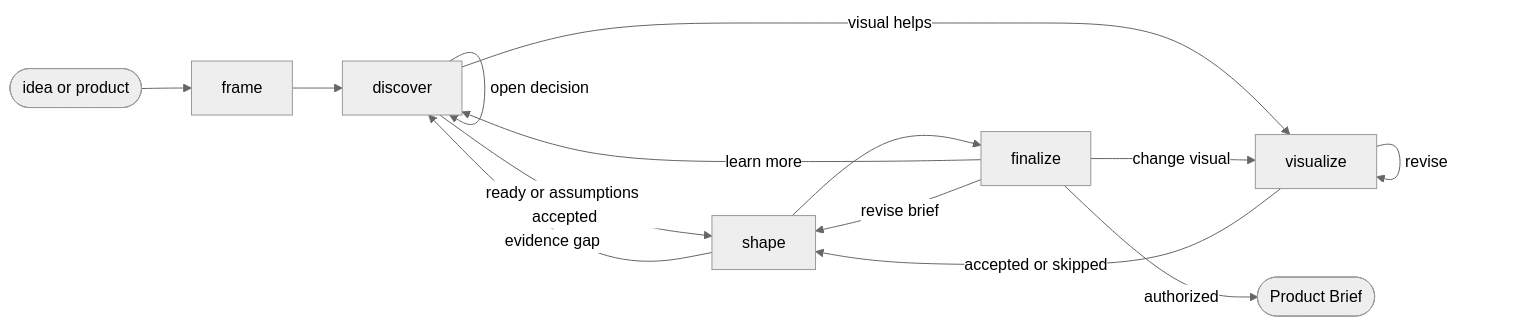
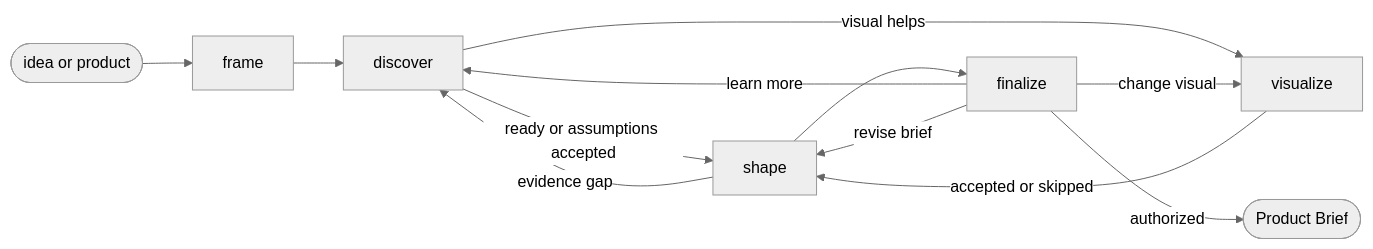
One commit to ai-driven-dev/aidd-framework changed the diagram in plugins/aidd-pm/skills/06-product-brief/SKILL.md. Above: the diagram before and after it, drawn with Mermaid (neutral theme). The commit also changed other lines of this file and 77 other files, not shown here.

````diff
--- a/plugins/aidd-pm/skills/06-product-brief/SKILL.md
+++ b/plugins/aidd-pm/skills/06-product-brief/SKILL.md
@@ -9,16 +9,14 @@
 ```mermaid
 flowchart LR
-  start([idea or product]) --> frame
+  source([idea or product]) --> frame
   frame --> discover
-  discover -->|"open decision"| discover
   discover -->|"ready or assumptions accepted"| shape
   discover -->|"visual helps"| visualize
-  visualize -->|"revise"| visualize
   visualize -->|"accepted or skipped"| shape
   shape -->|"evidence gap"| discover
   shape --> finalize
   finalize -->|"learn more"| discover
   finalize -->|"change visual"| visualize
   finalize -->|"revise brief"| shape
   finalize -->|"authorized"| done([Product Brief])
 ```
````
